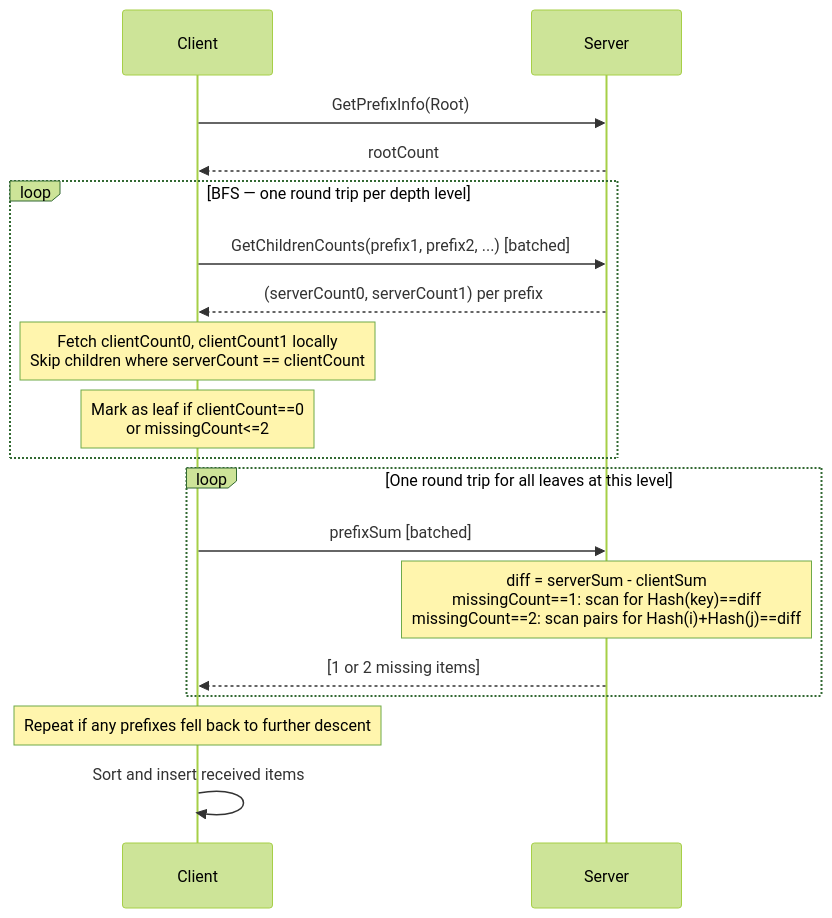
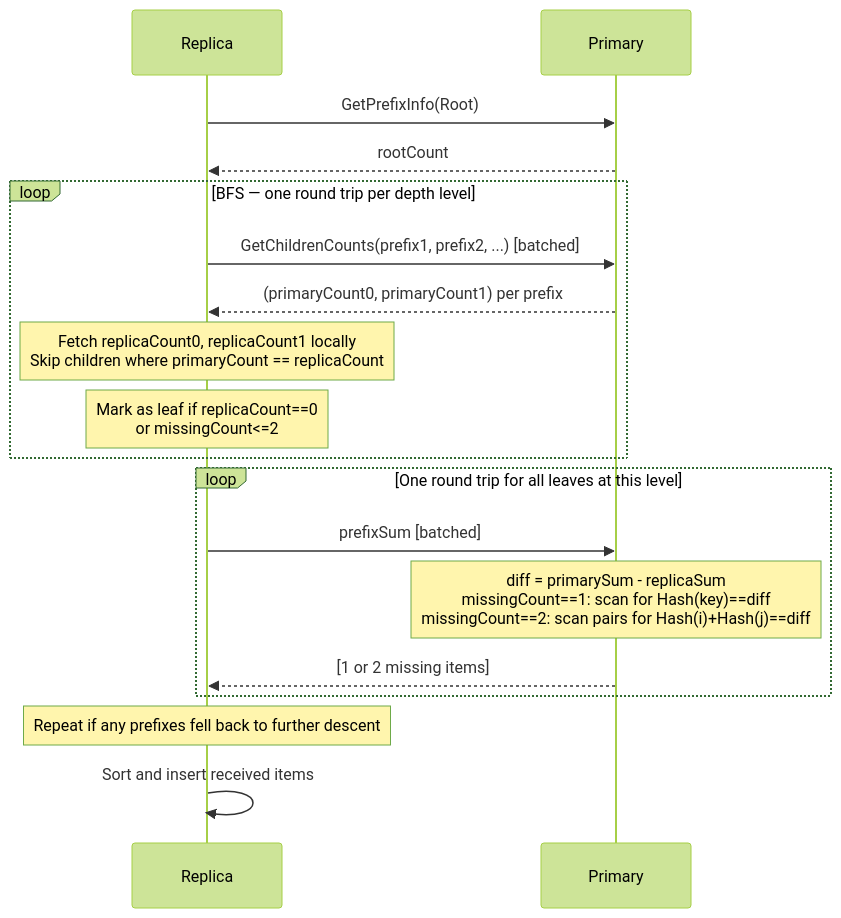
One commit to arj03/setsum-cs changed the third of 8 diagrams in SetSum/Sync/README.md. Above: the diagram before and after it, drawn with Mermaid (forest theme). The commit also changed other lines of this file and 5 other files, not shown here.

Commit message:
Move things around and clear terminology to use primary and replica

````diff
--- a/SetSum/Sync/README.md
+++ b/SetSum/Sync/README.md
@@ -93,24 +93,24 @@
 ```mermaid
 sequenceDiagram
-    participant C as Client
-    participant S as Server
+    participant R as Replica
+    participant P as Primary
 
-    C->>S: GetPrefixInfo(Root)
-    S-->>C: rootCount
+    R->>P: GetPrefixInfo(Root)
+    P-->>R: rootCount
 
     loop BFS — one round trip per depth level
-        C->>S: GetChildrenCounts(prefix1, prefix2, ...) [batched]
-        S-->>C: (serverCount0, serverCount1) per prefix
-        Note over C: Fetch clientCount0, clientCount1 locally<br/>Skip children where serverCount == clientCount
-        Note over C: Mark as leaf if clientCount==0<br/>or missingCount<=2
+        R->>P: GetChildrenCounts(prefix1, prefix2, ...) [batched]
+        P-->>R: (primaryCount0, primaryCount1) per prefix
+        Note over R: Fetch replicaCount0, replicaCount1 locally<br/>Skip children where primaryCount == replicaCount
+        Note over R: Mark as leaf if replicaCount==0<br/>or missingCount<=2
     end
 
     loop One round trip for all leaves at this level
-        C->>S: prefixSum [batched]
-        Note over S: diff = serverSum - clientSum<br/>missingCount==1: scan for Hash(key)==diff<br/>missingCount==2: scan pairs for Hash(i)+Hash(j)==diff
-        S-->>C: [1 or 2 missing items]
+        R->>P: prefixSum [batched]
+        Note over P: diff = primarySum - replicaSum<br/>missingCount==1: scan for Hash(key)==diff<br/>missingCount==2: scan pairs for Hash(i)+Hash(j)==diff
+        P-->>R: [1 or 2 missing items]
     end
 
-    Note over C: Repeat if any prefixes fell back to further descent
-    C->>C: Sort and insert received items
+    Note over R: Repeat if any prefixes fell back to further descent
+    R->>R: Sort and insert received items
 ```
````
